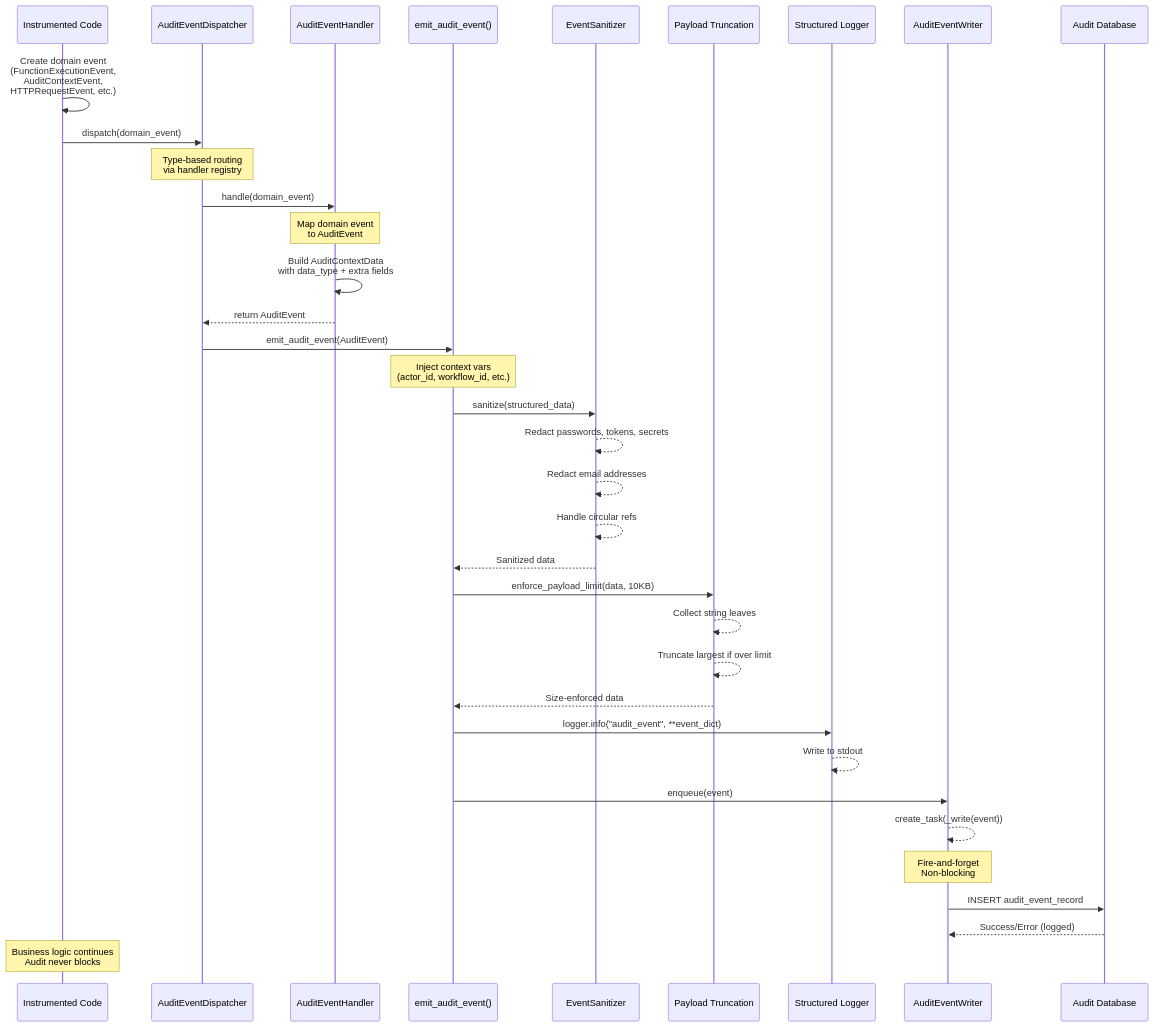
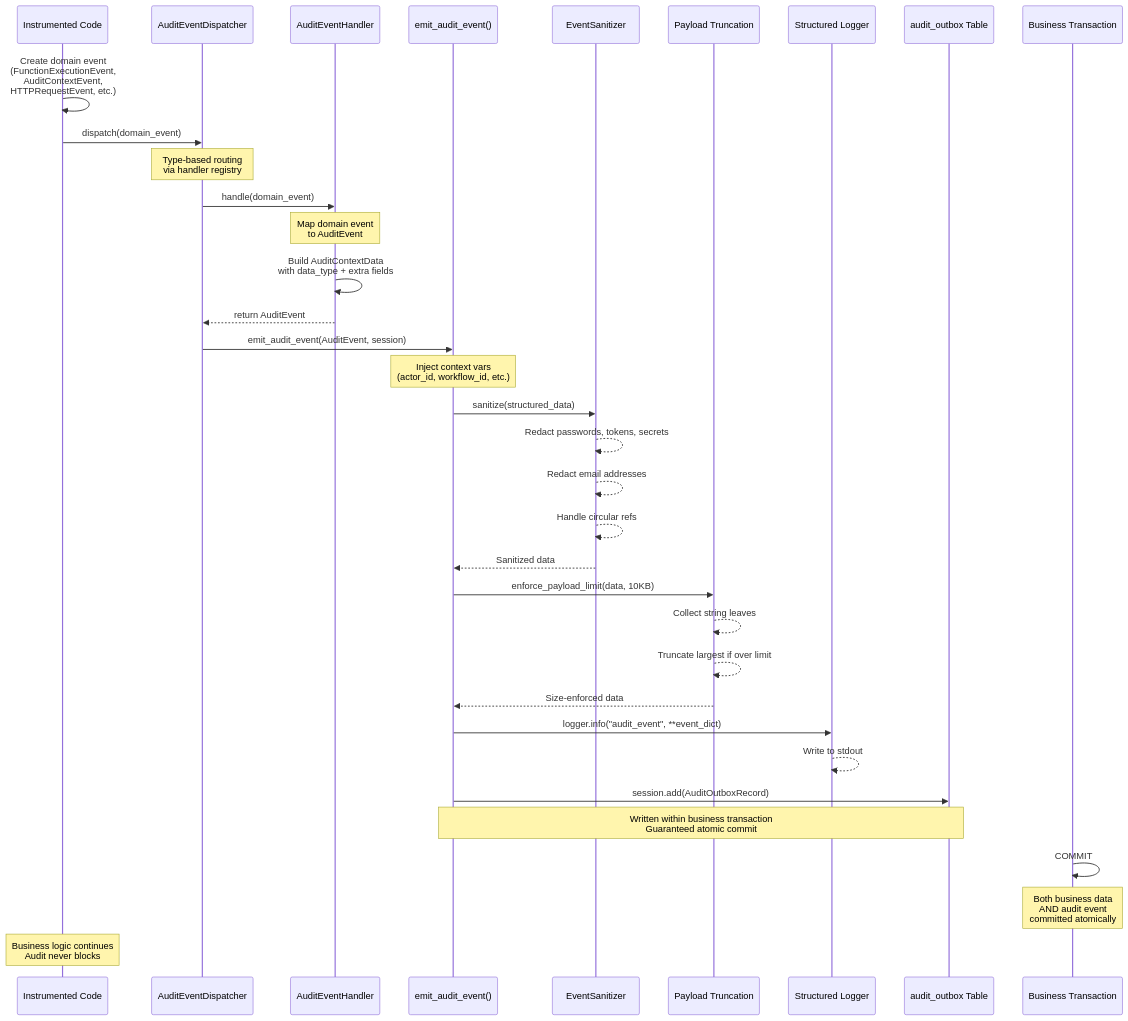
One commit to alinabuzachis/syntara changed the third of 8 diagrams in docs/audit.md. Above: the diagram before and after it, drawn with Mermaid. The commit also changed other lines of this file and 79 other files, not shown here.

````diff
--- a/docs/audit.md
+++ b/docs/audit.md
@@ -228,50 +251,49 @@
 ```mermaid
 sequenceDiagram
     participant Code as Instrumented Code
     participant Dispatcher as AuditEventDispatcher
     participant Handler as AuditEventHandler
     participant Emitter as emit_audit_event()
     participant Sanitizer as EventSanitizer
     participant Truncator as Payload Truncation
     participant Logger as Structured Logger
-    participant Writer as AuditEventWriter
-    participant DB as Audit Database
+    participant Outbox as audit_outbox Table
+    participant Txn as Business Transaction
 
     Code->>Code: Create domain event<br/>(FunctionExecutionEvent,<br/>AuditContextEvent,<br/>HTTPRequestEvent, etc.)
     Code->>Dispatcher: dispatch(domain_event)
 
     Note over Dispatcher: Type-based routing<br/>via handler registry
 
     Dispatcher->>Handler: handle(domain_event)
     Note over Handler: Map domain event<br/>to AuditEvent
 
     Handler->>Handler: Build AuditContextData<br/>with data_type + extra fields
     Handler-->>Dispatcher: return AuditEvent
 
-    Dispatcher->>Emitter: emit_audit_event(AuditEvent)
+    Dispatcher->>Emitter: emit_audit_event(AuditEvent, session)
 
     Note over Emitter: Inject context vars<br/>(actor_id, workflow_id, etc.)
 
     Emitter->>Sanitizer: sanitize(structured_data)
     Sanitizer-->>Sanitizer: Redact passwords, tokens, secrets
     Sanitizer-->>Sanitizer: Redact email addresses
     Sanitizer-->>Sanitizer: Handle circular refs
     Sanitizer-->>Emitter: Sanitized data
 
     Emitter->>Truncator: enforce_payload_limit(data, 10KB)
     Truncator-->>Truncator: Collect string leaves
     Truncator-->>Truncator: Truncate largest if over limit
     Truncator-->>Emitter: Size-enforced data
 
     Emitter->>Logger: logger.info("audit_event", **event_dict)
     Logger-->>Logger: Write to stdout
 
-    Emitter->>Writer: enqueue(event)
-    Writer-->>Writer: create_task(_write(event))
-    Note over Writer: Fire-and-forget<br/>Non-blocking
+    Emitter->>Outbox: session.add(AuditOutboxRecord)
+    Note over Emitter,Outbox: Written within business transaction<br/>Guaranteed atomic commit
 
-    Writer->>DB: INSERT audit_event_record
-    DB-->>Writer: Success/Error (logged)
+    Txn->>Txn: COMMIT
+    Note over Txn: Both business data<br/>AND audit event<br/>committed atomically
 
     Note over Code: Business logic continues<br/>Audit never blocks
 ```
````
